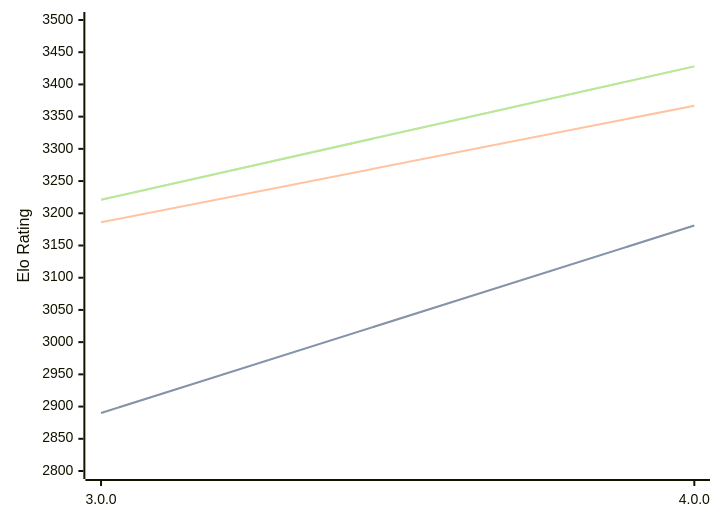
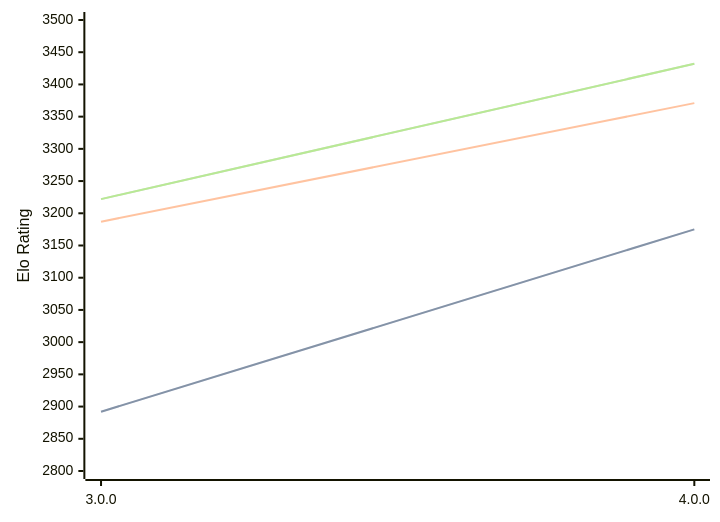
Before and after one commit to computer-chess-index/cci: the diagram in engines/Avalanche.md, drawn with Mermaid. The commit also changed other lines of this file, not shown here.

Commit message:
Update CCI Ratings (ELO VLTC) - 2026-08-21

````diff
--- a/engines/Avalanche.md
+++ b/engines/Avalanche.md
@@ -32,11 +32,11 @@
 ```mermaid
 %%{init: {"theme":"base","themeVariables":{"seriesColors:['#a3a3a3','#222221','#faa371']}}}%%
 xychart-beta
   x-axis ["3.0.0", "4.0.0"]
   y-axis "Elo Rating" 2800 --> 3500
-  line "STC (8.0+0.08s)" [2890, 3181]
-  line "STC (8.0+0.08s)" [2890, 3181]
-  line "LTC (60.0+0.60s)" [3186, 3367]
-  line "VLTC (2m24s+1.12s)" [3221, 3428]
-  line "VLTC (2m24s+1.12s)" [3221, 3428]
+  line "STC (8.0+0.08s)" [2892, 3175]
+  line "STC (8.0+0.08s)" [2892, 3175]
+  line "LTC (60.0+0.60s)" [3187, 3371]
+  line "VLTC (2m24s+1.12s)" [3222, 3432]
+  line "VLTC (2m24s+1.12s)" [3222, 3432]
 ```
````
